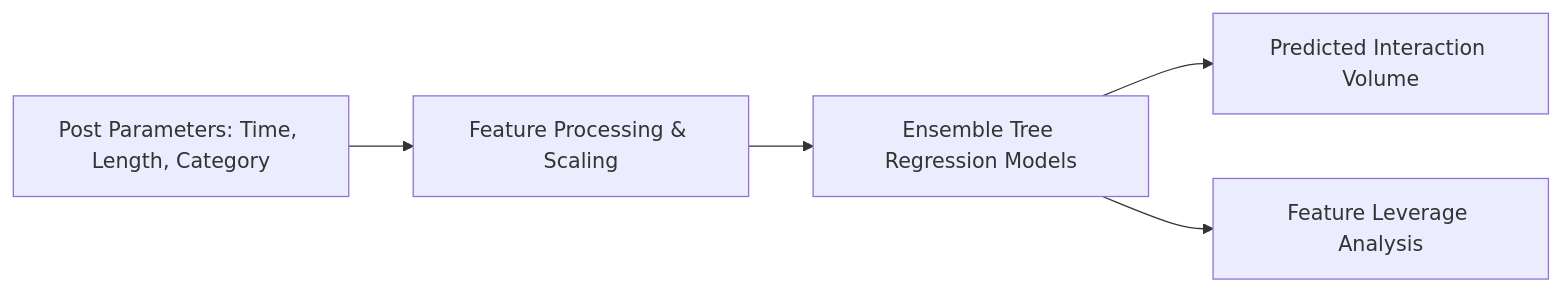
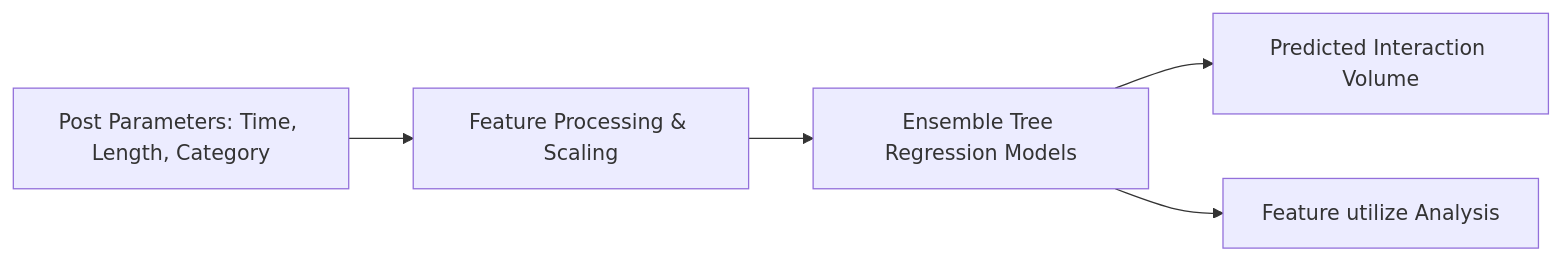
One commit to sohailahmed-bsrh/social-media-engagement-prediction changed the diagram in README.md. Above: the diagram before and after it, drawn with Mermaid. The commit also changed other lines of this file, not shown here.

Commit message:
docs: professionalize README documentation and architecture specifications

````diff
--- a/README.md
+++ b/README.md
@@ -30,7 +30,7 @@
 ```mermaid
 flowchart LR
     PostMetadata[Post Parameters: Time, Length, Category] --> Encoding[Feature Processing & Scaling]
     Encoding --> Ensemble[Ensemble Tree Regression Models]
     Ensemble --> Score[Predicted Interaction Volume]
-    Ensemble --> Leverage[Feature Leverage Analysis]
+    Ensemble --> utilize[Feature utilize Analysis]
 ```
````
